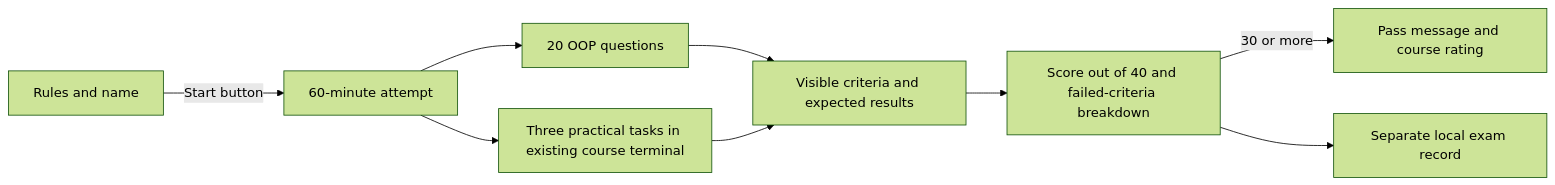
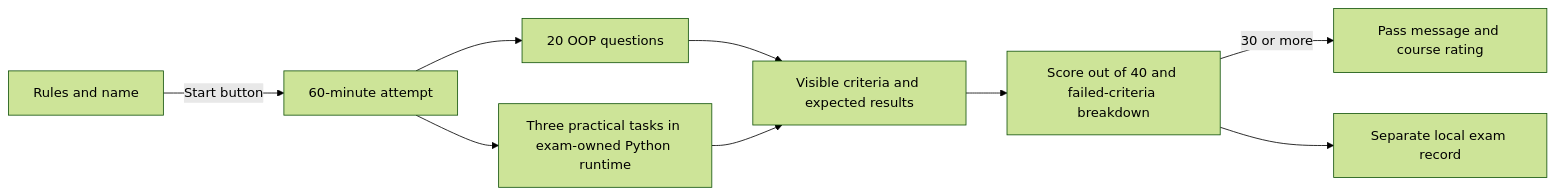
Before and after one commit to MeltedOperator/OOP_site: the diagram in workspace/2026/OOP_20261030-091045_EXAM/HL-OOP_20261030-091045_EXAM.md, drawn with Mermaid (forest theme). The commit also changed other lines of this file, not shown here.

Commit message:
[codex/OOP_20261030-091045_EXAM/freeze/coordinator] freeze amended exam contract

````diff
--- a/workspace/2026/OOP_20261030-091045_EXAM/HL-OOP_20261030-091045_EXAM.md
+++ b/workspace/2026/OOP_20261030-091045_EXAM/HL-OOP_20261030-091045_EXAM.md
@@ -87,11 +86,11 @@
 ```mermaid
 graph LR
   A[Rules and name] -->|Start button| B[60-minute attempt]
   B --> C[20 OOP questions]
-  B --> D[Three practical tasks in existing course terminal]
+  B --> D[Three practical tasks in exam-owned Python runtime]
   C --> E[Visible criteria and expected results]
   D --> E
   E --> F[Score out of 40 and failed-criteria breakdown]
   F -->|30 or more| G[Pass message and course rating]
   F --> H[Separate local exam record]
 ```
````
